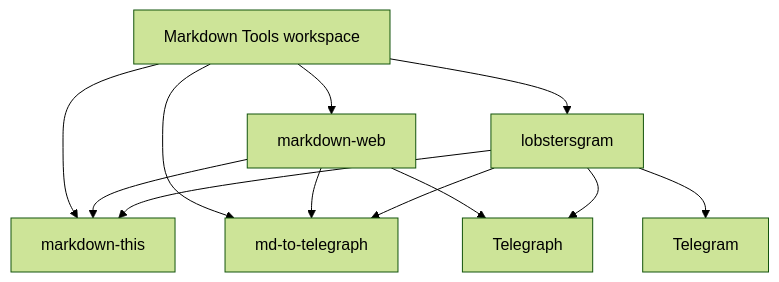
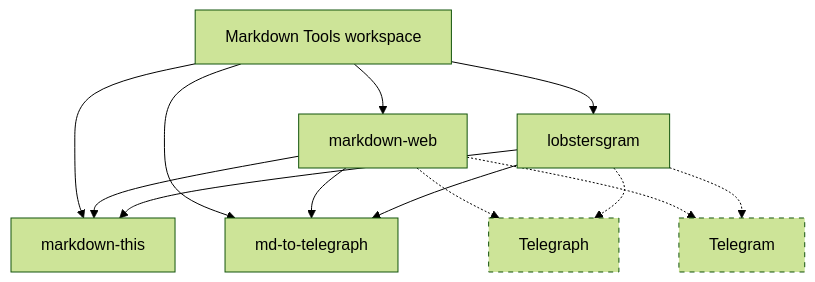
Before and after one commit to mgaitan/lobstersgram: the diagram in README.md, drawn with Mermaid (forest theme). The commit also changed other lines of this file and 14 other files, not shown here.

````diff
--- a/README.md
+++ b/README.md
@@ -24,22 +22,25 @@
 ```mermaid
 flowchart TD
     MT[Markdown Tools workspace]
     MTHIS[markdown-this]
     MDT[md-to-telegraph]
     WEB[markdown-web]
     LOB[lobstersgram]
     TG[Telegram]
     TPH[Telegraph]
 
     MT --> MTHIS
     MT --> MDT
     MT --> WEB
     MT --> LOB
     WEB --> MTHIS
     WEB --> MDT
     LOB --> MTHIS
     LOB --> MDT
-    WEB --> TPH
-    LOB --> TPH
-    LOB --> TG
+    WEB -.-> TPH
+    WEB -.-> TG
+    LOB -.-> TPH
+    LOB -.-> TG
+    classDef external stroke-dasharray: 5 5
+    class TG,TPH external
 ```
````
